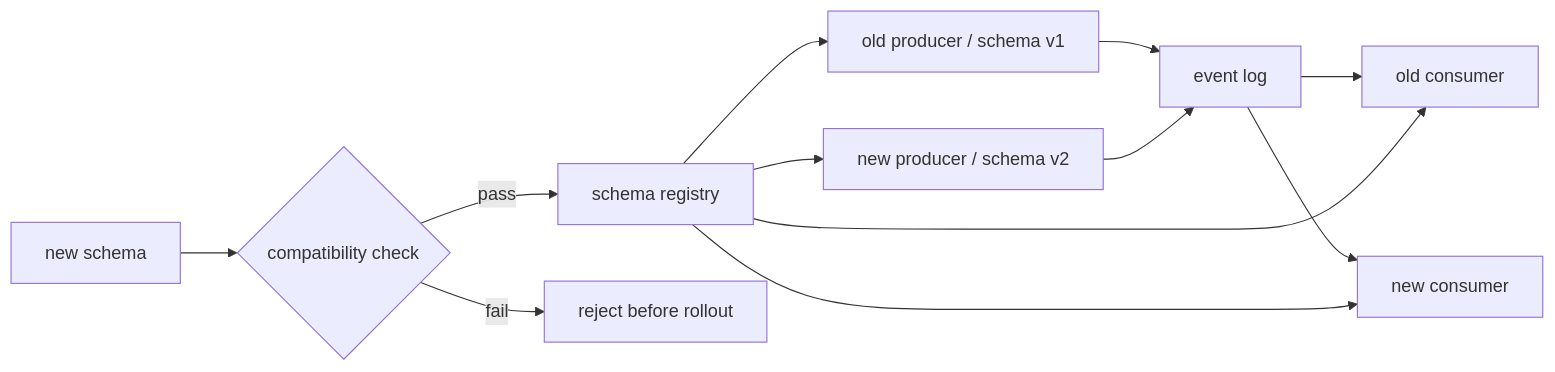
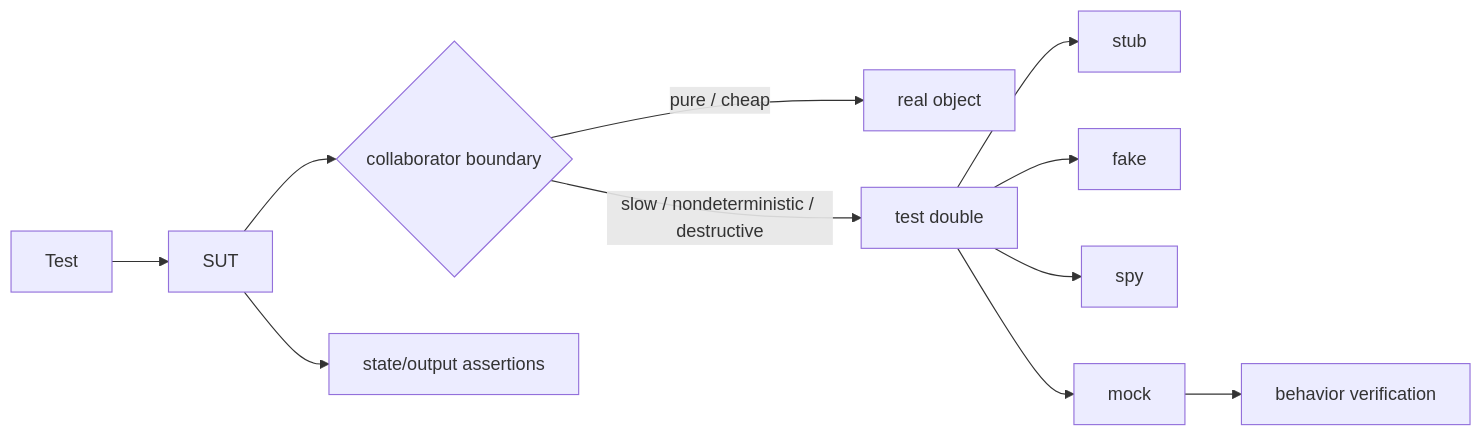
Before and after one commit to cebrailbagatarhan/software-engineering-interview-roadmap: the second of 2 diagrams in daily/2026-09-22/08-00.md, drawn with Mermaid. The commit also changed other lines of this file, not shown here.

Commit message:
Replace duplicate 08:00 topics with B-tree and test-double gaps

````diff
--- a/daily/2026-09-22/08-00.md
+++ b/daily/2026-09-22/08-00.md
@@ -13,14 +81,13 @@
 ```mermaid
 flowchart LR
- P1[old producer / schema v1] --> L[event log]
- P2[new producer / schema v2] --> L
- L --> C1[old consumer]
- L --> C2[new consumer]
- S[schema registry] --> P1
- S --> P2
- S --> C1
- S --> C2
- N[new schema] --> K{compatibility check}
- K -->|pass| S
- K -->|fail| X[reject before rollout]
+ T[Test] --> S[SUT]
+ S --> B{collaborator boundary}
+ B -->|pure / cheap| R[real object]
+ B -->|slow / nondeterministic / destructive| D[test double]
+ D --> ST[stub]
+ D --> F[fake]
+ D --> SP[spy]
+ D --> M[mock]
+ S --> O[state/output assertions]
+ M --> V[behavior verification]
 ```
````
